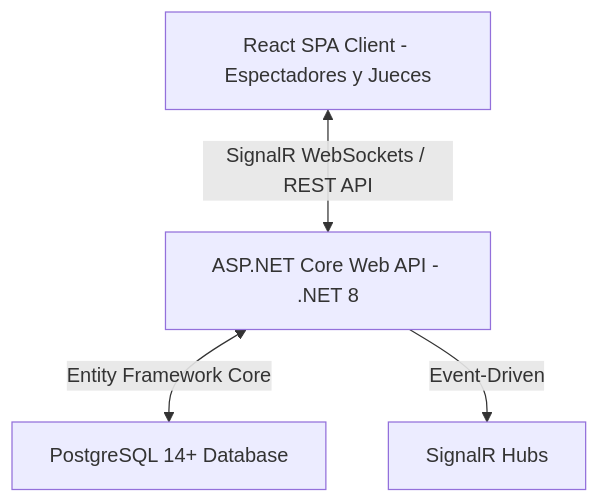
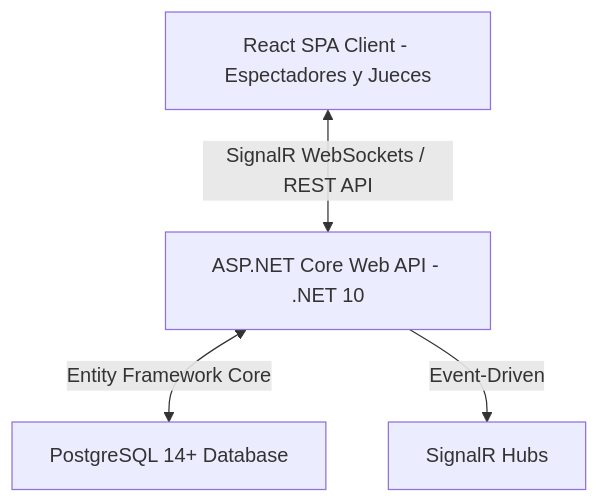
Before and after one commit to EzequielDigiacomo/SportTrack-Front: the diagram in docs/Entrega/PRESENTACION_TECNOLOGICA.md, drawn with Mermaid. The commit also changed other lines of this file and 20 other files, not shown here.

````diff
--- a/docs/Entrega/PRESENTACION_TECNOLOGICA.md
+++ b/docs/Entrega/PRESENTACION_TECNOLOGICA.md
@@ -11,6 +11,6 @@
 ```mermaid
 graph TD
-    A[React SPA Client - Espectadores y Jueces] <-->|SignalR WebSockets / REST API| B[ASP.NET Core Web API - .NET 8]
+    A[React SPA Client - Espectadores y Jueces] <-->|SignalR WebSockets / REST API| B[ASP.NET Core Web API - .NET 10]
     B <-->|Entity Framework Core| C[PostgreSQL 14+ Database]
     B -->|Event-Driven| D[SignalR Hubs]
 ```
````
